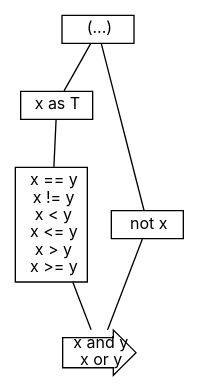
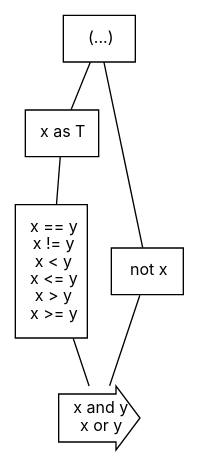
The diagram in docs/design/expressions/scripts/precedence.dot (carbon-language/carbon-lang), drawn with Graphviz before and after one commit. The commit also changed 2 other files, not shown here.

Commit message:
Bump up the vertical margin due to arrows

```diff
--- a/docs/design/expressions/scripts/precedence.dot
+++ b/docs/design/expressions/scripts/precedence.dot
@@ -1,24 +1,24 @@
 # Part of the Carbon Language project, under the Apache License v2.0 with LLVM
 # Exceptions. See /LICENSE for license information.
 # SPDX-License-Identifier: Apache-2.0 WITH LLVM-exception
 
 # Auto-generated using precedence.sh.
 digraph {
   layout = dot
   rankdir = TB
   rank = "min"
-  node [shape="none" fontsize="12" height="0"
+  node [fontsize="12" height="0" margin=".15,.15"
         fontname="BlinkMacSystemFont,Segoe UI,Helvetica,Arial,sans-serif"]
   edge [dir="none"]
 
   op1 [label=<(...)> shape="rect"]
   op2 [label=<x as T> shape="rect"]
   op3 [label=<x and y<br/>x or y> shape="rarrow"]
   op4 [label=<not x> shape="rect"]
   op5 [label=<x == y<br/>x != y<br/>x &lt; y<br/>x &lt;= y<br/>x &gt; y<br/>x &gt;= y> shape="rect"]
   op1 -> op2
   op1 -> op4
   op4 -> op3
   op2 -> op5
   op5 -> op3
 }
```
